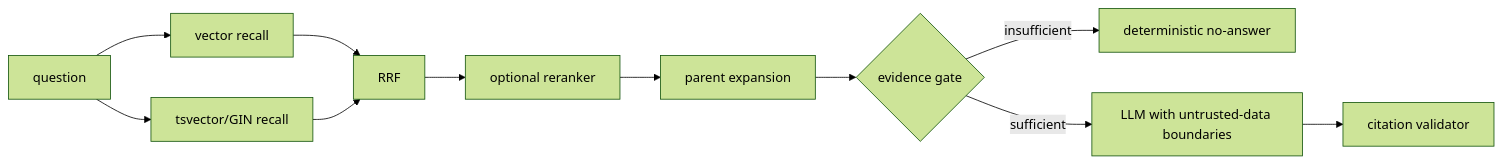
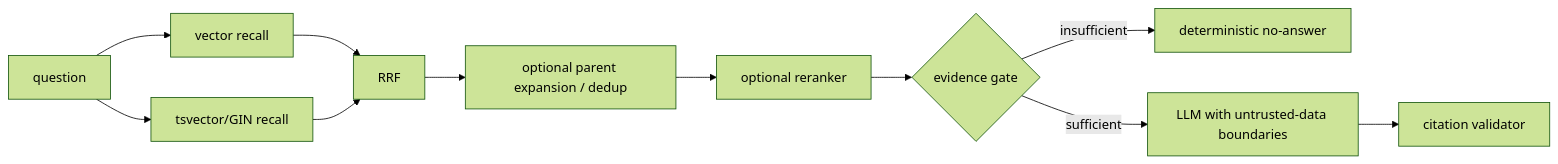
One commit to 001-Elsa/rag_knoledge_base changed the second of 2 diagrams in docs/架构设计.md. Above: the diagram before and after it, drawn with Mermaid (forest theme). The commit also changed other lines of this file and 91 other files, not shown here.

````diff
--- a/docs/架构设计.md
+++ b/docs/架构设计.md
@@ -84,13 +84,13 @@
 ```mermaid
 flowchart LR
     Q["question"] --> V["vector recall"]
     Q --> F["tsvector/GIN recall"]
     V --> R["RRF"]
     F --> R
-    R --> X["optional reranker"]
-    X --> P["parent expansion"]
-    P --> G{"evidence gate"}
+    R --> P["optional parent expansion / dedup"]
+    P --> X["optional reranker"]
+    X --> G{"evidence gate"}
     G -->|insufficient| N["deterministic no-answer"]
     G -->|sufficient| L["LLM with untrusted-data boundaries"]
     L --> C["citation validator"]
 ```
````
